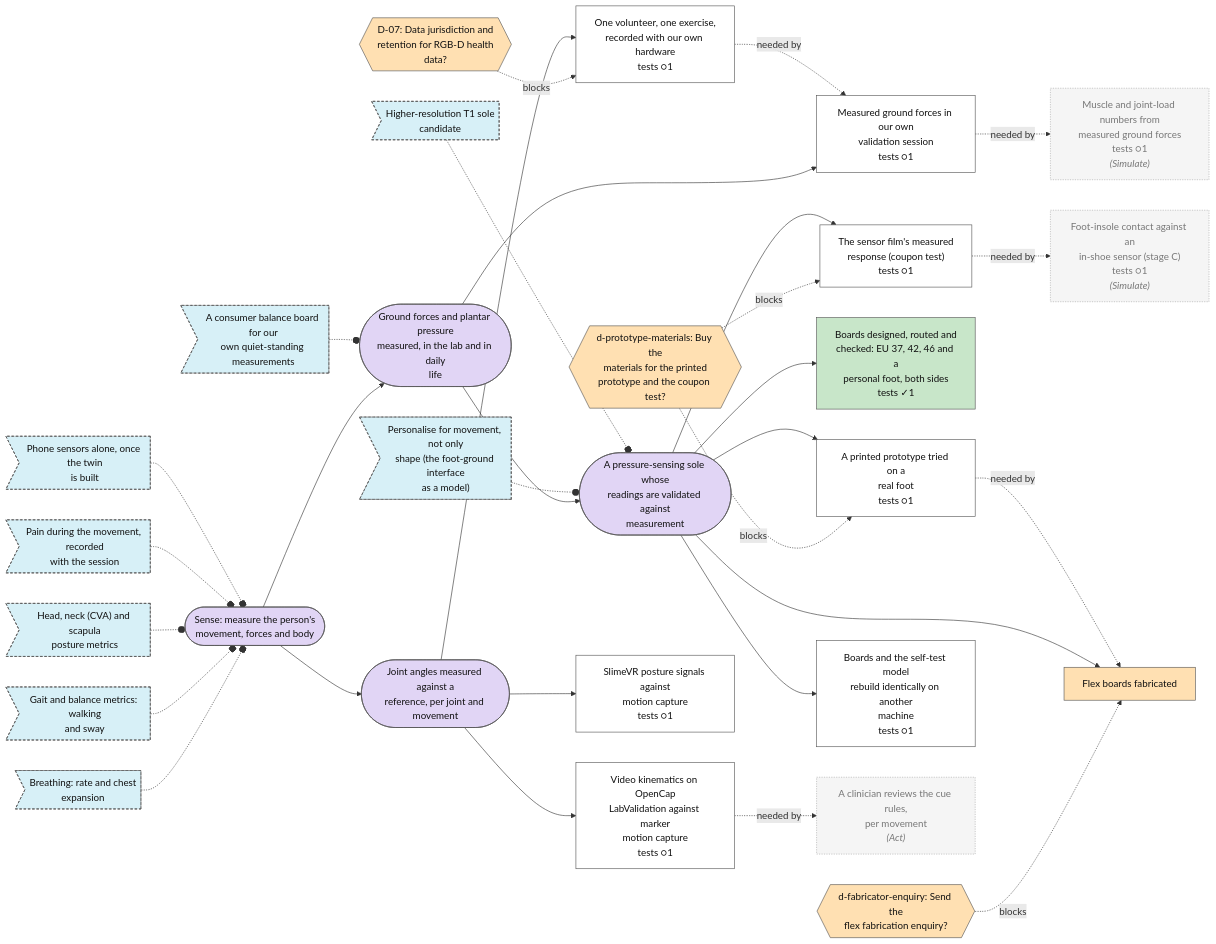
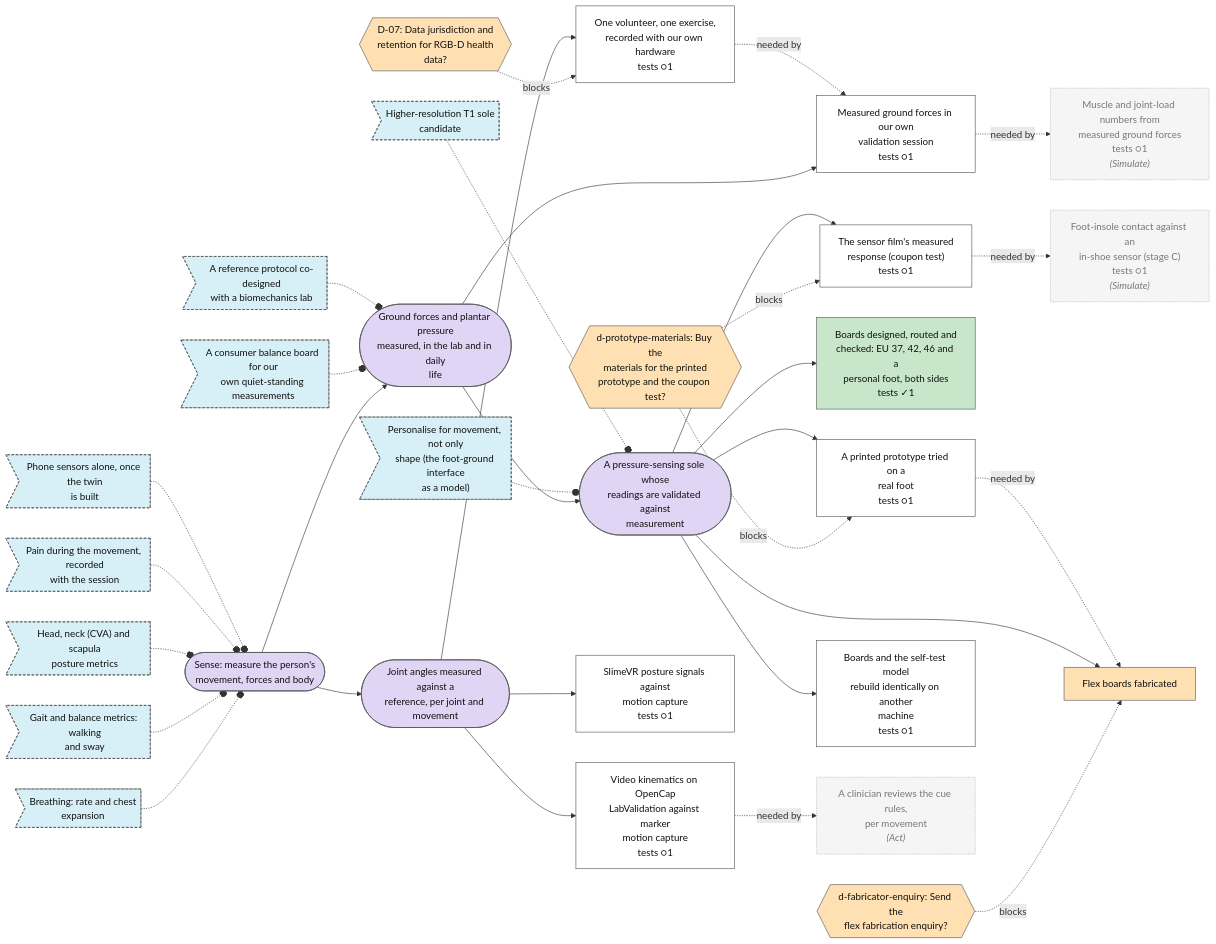
The second of 7 diagrams in plan/MAP.md (Sigurius23/Rehab-agent), drawn with Mermaid before and after one commit. The commit also changed other lines of this file and 30 other files, not shown here.

````diff
--- a/plan/MAP.md
+++ b/plan/MAP.md
@@ -47,78 +47,80 @@
 ```mermaid
 flowchart LR
   n0{{"D-07: Data jurisdiction and<br/>retention for RGB-D health<br/>data?"}}:::decision_open
   n1{{"d-fabricator-enquiry: Send the<br/>flex fabrication enquiry?"}}:::decision_open
   n2{{"d-prototype-materials: Buy the<br/>materials for the printed<br/>prototype and the coupon test?"}}:::decision_open
   n3["Measured ground forces in our own<br/>validation session<br/>tests ○1"]:::step_open
   n4(["Ground forces and plantar pressure<br/>measured, in the lab and in daily<br/>life"]):::goal_open
   n5(["Joint angles measured against a<br/>reference, per joint and movement"]):::goal_open
   n6(["A pressure-sensing sole whose<br/>readings are validated against<br/>measurement"]):::goal_open
   n7>"A consumer balance board for our<br/>own quiet-standing measurements"]:::idea_new
   n8>"Breathing: rate and chest<br/>expansion"]:::idea_new
   n9>"Gait and balance metrics: walking<br/>and sway"]:::idea_new
   n10>"Head, neck (CVA) and scapula<br/>posture metrics"]:::idea_new
-  n11>"Personalise for movement, not only<br/>shape (the foot-ground interface<br/>as a model)"]:::idea_new
-  n12>"Pain during the movement, recorded<br/>with the session"]:::idea_new
-  n13>"Phone sensors alone, once the twin<br/>is built"]:::idea_new
-  n14>"Higher-resolution T1 sole<br/>candidate"]:::idea_new
-  n15["Video kinematics on OpenCap<br/>LabValidation against marker<br/>motion capture<br/>tests ○1"]:::step_open
-  n16["One volunteer, one exercise,<br/>recorded with our own hardware<br/>tests ○1"]:::step_open
-  n17(["Sense: measure the person's<br/>movement, forces and body"]):::goal_open
-  n18["Boards designed, routed and<br/>checked: EU 37, 42, 46 and a<br/>personal foot, both sides<br/>tests ✓1"]:::step_done
-  n19["The sensor film's measured<br/>response (coupon test)<br/>tests ○1"]:::step_open
-  n20["Flex boards fabricated"]:::step_blocked
-  n21["A printed prototype tried on a<br/>real foot<br/>tests ○1"]:::step_open
-  n22["Boards and the self-test model<br/>rebuild identically on another<br/>machine<br/>tests ○1"]:::step_open
-  n23["SlimeVR posture signals against<br/>motion capture<br/>tests ○1"]:::step_open
-  n24["A clinician reviews the cue rules,<br/>per movement<br/><i>(Act)</i>"]:::external
-  n25["Muscle and joint-load numbers from<br/>measured ground forces<br/>tests ○1<br/><i>(Simulate)</i>"]:::external
-  n26["Foot-insole contact against an<br/>in-shoe sensor (stage C)<br/>tests ○1<br/><i>(Simulate)</i>"]:::external
-  n0 -. blocks .-> n16
-  n1 -. blocks .-> n20
-  n2 -. blocks .-> n21
-  n2 -. blocks .-> n19
+  n11>"A reference protocol co-designed<br/>with a biomechanics lab"]:::idea_new
+  n12>"Personalise for movement, not only<br/>shape (the foot-ground interface<br/>as a model)"]:::idea_new
+  n13>"Pain during the movement, recorded<br/>with the session"]:::idea_new
+  n14>"Phone sensors alone, once the twin<br/>is built"]:::idea_new
+  n15>"Higher-resolution T1 sole<br/>candidate"]:::idea_new
+  n16["Video kinematics on OpenCap<br/>LabValidation against marker<br/>motion capture<br/>tests ○1"]:::step_open
+  n17["One volunteer, one exercise,<br/>recorded with our own hardware<br/>tests ○1"]:::step_open
+  n18(["Sense: measure the person's<br/>movement, forces and body"]):::goal_open
+  n19["Boards designed, routed and<br/>checked: EU 37, 42, 46 and a<br/>personal foot, both sides<br/>tests ✓1"]:::step_done
+  n20["The sensor film's measured<br/>response (coupon test)<br/>tests ○1"]:::step_open
+  n21["Flex boards fabricated"]:::step_blocked
+  n22["A printed prototype tried on a<br/>real foot<br/>tests ○1"]:::step_open
+  n23["Boards and the self-test model<br/>rebuild identically on another<br/>machine<br/>tests ○1"]:::step_open
+  n24["SlimeVR posture signals against<br/>motion capture<br/>tests ○1"]:::step_open
+  n25["A clinician reviews the cue rules,<br/>per movement<br/><i>(Act)</i>"]:::external
+  n26["Muscle and joint-load numbers from<br/>measured ground forces<br/>tests ○1<br/><i>(Simulate)</i>"]:::external
+  n27["Foot-insole contact against an<br/>in-shoe sensor (stage C)<br/>tests ○1<br/><i>(Simulate)</i>"]:::external
+  n0 -. blocks .-> n17
+  n1 -. blocks .-> n21
+  n2 -. blocks .-> n22
+  n2 -. blocks .-> n20
   n4 --> n3
-  n16 -. needed by .-> n3
-  n17 --> n4
-  n17 --> n5
+  n17 -. needed by .-> n3
+  n18 --> n4
+  n18 --> n5
   n4 --> n6
   n7 -.-o n4
-  n8 -.-o n17
-  n9 -.-o n17
-  n10 -.-o n17
-  n11 -.-o n6
-  n12 -.-o n17
-  n13 -.-o n17
-  n14 -.-o n6
-  n5 --> n15
+  n8 -.-o n18
+  n9 -.-o n18
+  n10 -.-o n18
+  n11 -.-o n4
+  n12 -.-o n6
+  n13 -.-o n18
+  n14 -.-o n18
+  n15 -.-o n6
   n5 --> n16
-  n6 --> n18
+  n5 --> n17
   n6 --> n19
   n6 --> n20
-  n21 -. needed by .-> n20
   n6 --> n21
+  n22 -. needed by .-> n21
   n6 --> n22
-  n5 --> n23
-  n15 -. needed by .-> n24
-  n3 -. needed by .-> n25
-  n19 -. needed by .-> n26
+  n6 --> n23
+  n5 --> n24
+  n16 -. needed by .-> n25
+  n3 -. needed by .-> n26
+  n20 -. needed by .-> n27
   classDef goal_open fill:#e1d5f5,stroke:#555,color:#111
   classDef goal_done fill:#c8e6c9,stroke:#555,color:#111
   classDef step_open fill:#ffffff,stroke:#555,color:#111
   classDef step_doing fill:#fff3c4,stroke:#555,color:#111
   classDef step_done fill:#c8e6c9,stroke:#555,color:#111
   classDef step_blocked fill:#ffe0b2,stroke:#555,color:#111
   classDef step_dropped fill:#eeeeee,stroke:#555,color:#111
   classDef test_planned fill:#ffffff,stroke:#555,color:#111
   classDef test_running fill:#fff3c4,stroke:#555,color:#111
   classDef test_passed fill:#c8e6c9,stroke:#555,color:#111
   classDef test_failed fill:#ffcdd2,stroke:#555,color:#111
   classDef test_mixed fill:#fff3c4,stroke:#555,color:#111
   classDef test_dropped fill:#eeeeee,stroke:#555,color:#111
   classDef idea_new fill:#d7f0f7,stroke:#555,color:#111,stroke-dasharray: 4 3
   classDef idea_promoted fill:#eeeeee,stroke:#555,color:#111,stroke-dasharray: 4 3
   classDef idea_dropped fill:#eeeeee,stroke:#555,color:#111,stroke-dasharray: 4 3
   classDef decision_open fill:#ffe0b2,stroke:#555,color:#111
   classDef decision_decided fill:#ffe0b2,stroke:#555,color:#111
   classDef external fill:#f5f5f5,stroke:#aaa,color:#777,stroke-dasharray: 2 2
 ```
````
